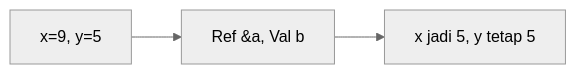
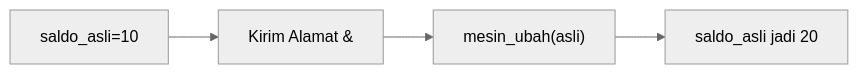
The eighth of 25 diagrams in part-c-pemahaman-cpp/04-fungsi/latihan/set-02.md (amnahwaida/OSNK_INF_PREP), drawn with Mermaid (neutral theme) before and after one commit. The commit also changed other lines of this file and 71 other files, not shown here.

````diff
--- a/part-c-pemahaman-cpp/04-fungsi/latihan/set-02.md
+++ b/part-c-pemahaman-cpp/04-fungsi/latihan/set-02.md
@@ -208,5 +217,6 @@
 ```mermaid
 graph LR
-A["x=9, y=5"] --> B["Ref &a, Val b"]
-B --> C["x jadi 5, y tetap 5"]
+A["saldo_asli=10"] --> B["Kirim Alamat &"]
+B --> C["mesin_ubah(asli)"]
+C --> D["saldo_asli jadi 20"]
 ```
````
